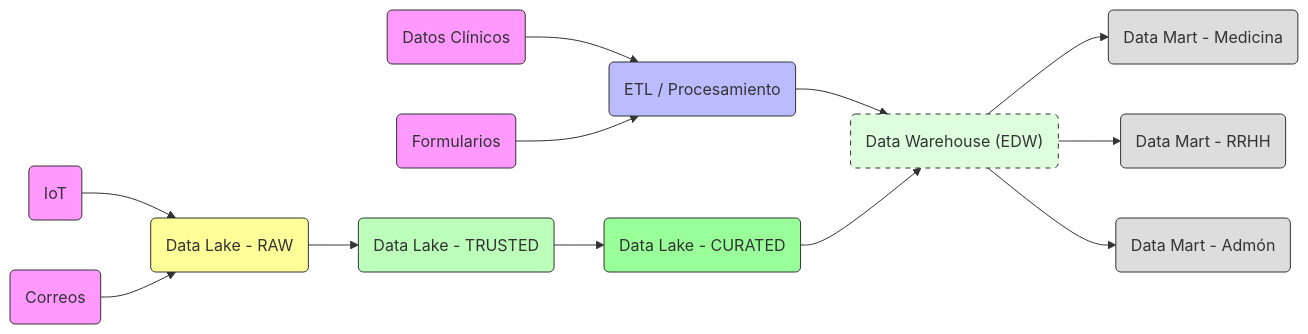
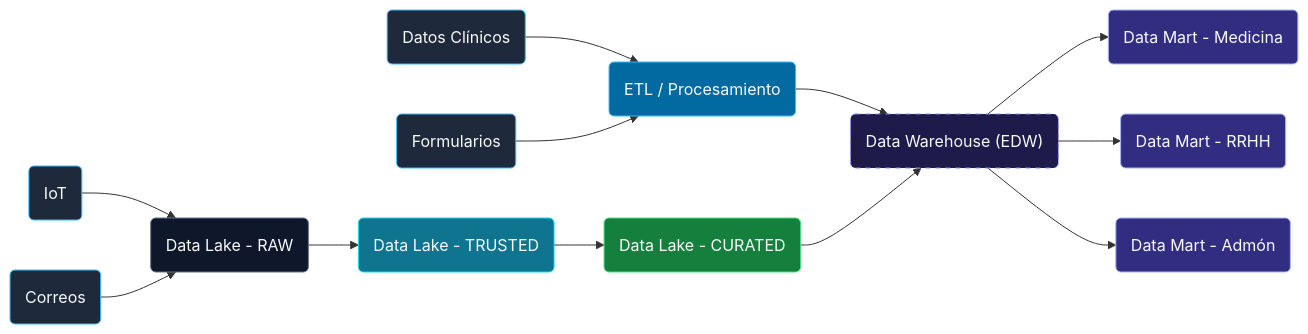
One commit to git-jrm/data-architecture-dimensional-modeling changed the second of 7 diagrams in README.md. Above: the diagram before and after it, drawn with Mermaid. The commit also changed other lines of this file, not shown here.

First line of the commit message:
Revise Mermaid diagrams and add new nodes

````diff
--- a/README.md
+++ b/README.md
@@ -58,43 +58,43 @@
 ```mermaid
 graph LR;
-    classDef fuente fill:#f9f,stroke:#333,stroke-width:1px;
-    classDef proceso fill:#bbf,stroke:#333,stroke-width:1px;
-    classDef raw fill:#ff9,stroke:#333,stroke-width:1px;
-    classDef trusted fill:#bfb,stroke:#333,stroke-width:1px;
-    classDef curated fill:#9f9,stroke:#333,stroke-width:1px;
-    classDef dw fill:#dfd,stroke:#333,stroke-width:1px,stroke-dasharray:5 5;
-    classDef dm fill:#ddd,stroke:#333,stroke-width:1px;
+    classDef fuente fill:#1e293b,stroke:#38bdf8,stroke-width:1px,color:#f8fafc;
+    classDef proceso fill:#0369a1,stroke:#38bdf8,stroke-width:1px,color:#f8fafc;
+    classDef raw fill:#0f172a,stroke:#64748b,stroke-width:1px,color:#f8fafc;
+    classDef trusted fill:#0e7490,stroke:#22d3ee,stroke-width:1px,color:#f8fafc;
+    classDef curated fill:#15803d,stroke:#4ade80,stroke-width:1px,color:#f8fafc;
+    classDef dw fill:#1e1b4b,stroke:#818cf8,stroke-width:1px,stroke-dasharray:5 5,color:#f8fafc;
+    classDef dm fill:#312e81,stroke:#a5b4fc,stroke-width:1px,color:#f8fafc;
 
     DatosClínicos("Datos Clínicos")
     Formularios("Formularios")
     IoT("IoT")
     Correos("Correos")
     ETL("ETL / Procesamiento")
     DataLake_RAW("Data Lake - RAW")
     DataLake_TRUSTED("Data Lake - TRUSTED")
     DataLake_CURATED("Data Lake - CURATED")
     DataWarehouse("Data Warehouse (EDW)")
     DataMart_Medicina("Data Mart - Medicina")
     DataMart_RRHH("Data Mart - RRHH")
     DataMart_Administracion("Data Mart - Admón")
 
     DatosClínicos --> ETL
     Formularios --> ETL
     IoT --> DataLake_RAW
     Correos --> DataLake_RAW
     DataLake_RAW --> DataLake_TRUSTED
     DataLake_TRUSTED --> DataLake_CURATED
     ETL --> DataWarehouse
     DataLake_CURATED --> DataWarehouse
     DataWarehouse --> DataMart_Medicina
     DataWarehouse --> DataMart_RRHH
     DataWarehouse --> DataMart_Administracion
 
     class DatosClínicos,Formularios,IoT,Correos fuente;
     class ETL proceso;
     class DataLake_RAW raw;
     class DataLake_TRUSTED trusted;
     class DataLake_CURATED curated;
     class DataWarehouse dw;
     class DataMart_Medicina,DataMart_RRHH,DataMart_Administracion dm;
 ```
````
